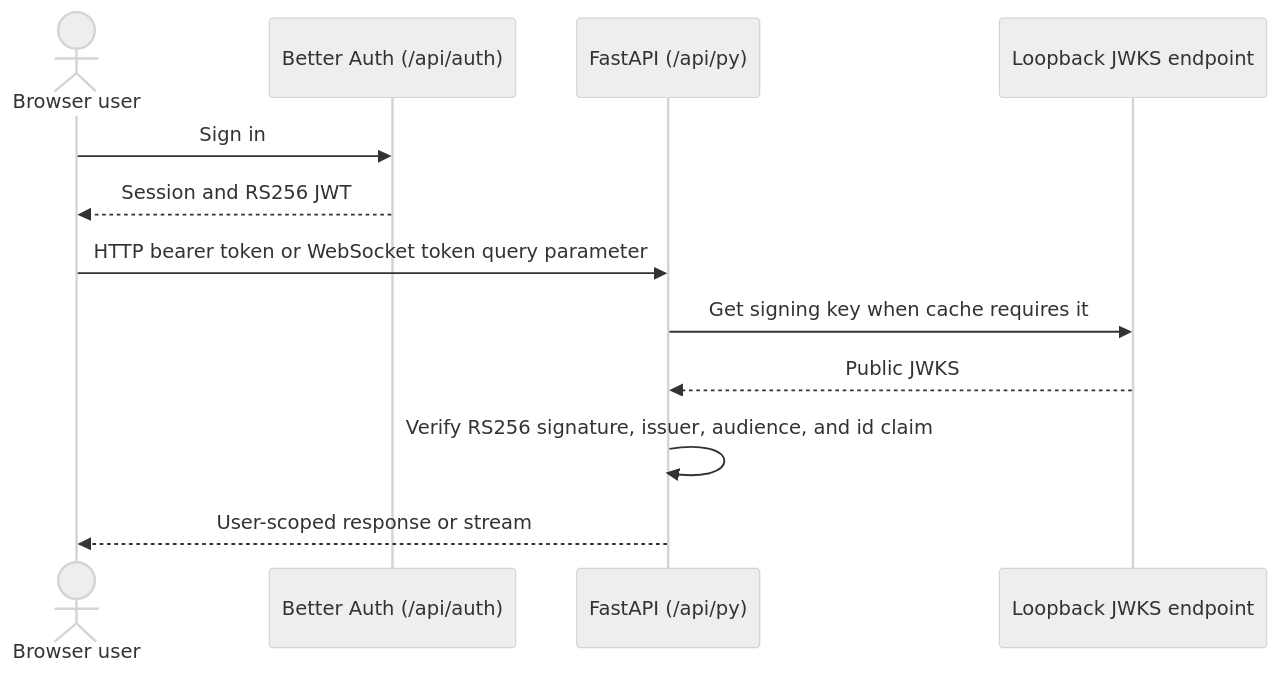
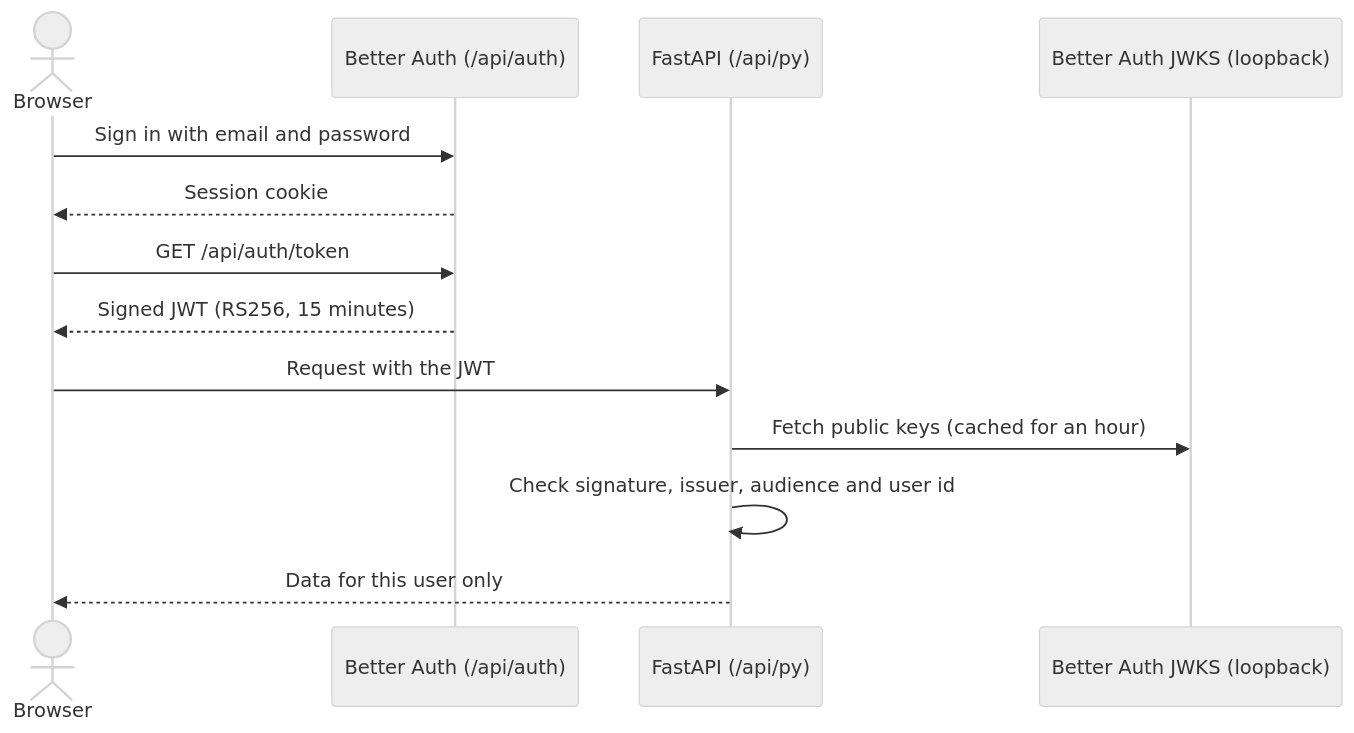
The diagram in docs/architecture/auth-and-security.md (dbracewell/Asterism), drawn with Mermaid (neutral theme) before and after one commit. The commit also changed other lines of this file and 9 other files, not shown here.

````diff
--- a/docs/architecture/auth-and-security.md
+++ b/docs/architecture/auth-and-security.md
@@ -9,15 +32,16 @@
 ```mermaid
 sequenceDiagram
-    actor User as Browser user
+    actor User as Browser
     participant Auth as Better Auth (/api/auth)
     participant API as FastAPI (/api/py)
-    participant JWKS as Loopback JWKS endpoint
+    participant JWKS as Better Auth JWKS (loopback)
 
-    User->>Auth: Sign in
-    Auth-->>User: Session and RS256 JWT
-    User->>API: HTTP bearer token or WebSocket token query parameter
-    API->>JWKS: Get signing key when cache requires it
-    JWKS-->>API: Public JWKS
-    API->>API: Verify RS256 signature, issuer, audience, and id claim
-    API-->>User: User-scoped response or stream
+    User->>Auth: Sign in with email and password
+    Auth-->>User: Session cookie
+    User->>Auth: GET /api/auth/token
+    Auth-->>User: Signed JWT (RS256, 15 minutes)
+    User->>API: Request with the JWT
+    API->>JWKS: Fetch public keys (cached for an hour)
+    API->>API: Check signature, issuer, audience and user id
+    API-->>User: Data for this user only
 ```
````
